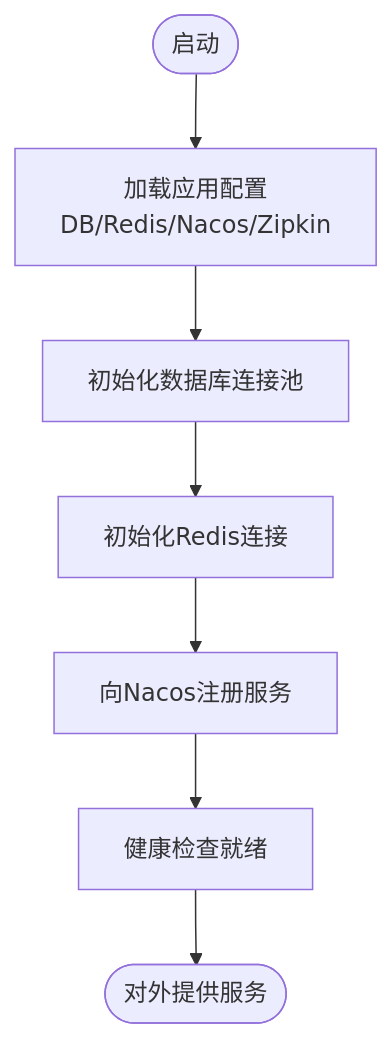
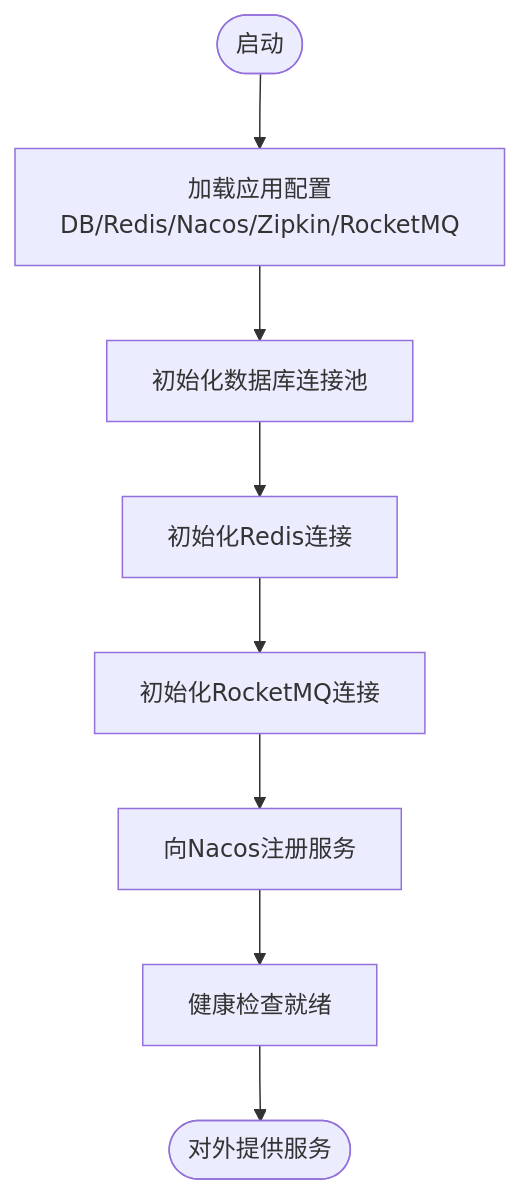
Before and after one commit to fq0121104930716/iam-platform: the fourth of 7 diagrams in .qoder/repowiki/zh/content/部署运维/部署策略.md, drawn with Mermaid. The commit also changed other lines of this file and 219 other files, not shown here.

````diff
--- a/.qoder/repowiki/zh/content/部署运维/部署策略.md
+++ b/.qoder/repowiki/zh/content/部署运维/部署策略.md
@@ -177,9 +204,10 @@
 ```mermaid
 flowchart TD
-Start(["启动"]) --> LoadCfg["加载应用配置<br/>DB/Redis/Nacos/Zipkin"]
+Start(["启动"]) --> LoadCfg["加载应用配置<br/>DB/Redis/Nacos/Zipkin/RocketMQ"]
 LoadCfg --> InitDB["初始化数据库连接池"]
 InitDB --> InitRedis["初始化Redis连接"]
-InitRedis --> RegisterNacos["向Nacos注册服务"]
+InitRedis --> InitMQ["初始化RocketMQ连接"]
+InitMQ --> RegisterNacos["向Nacos注册服务"]
 RegisterNacos --> Health["健康检查就绪"]
 Health --> Ready(["对外提供服务"])
 ```
````
